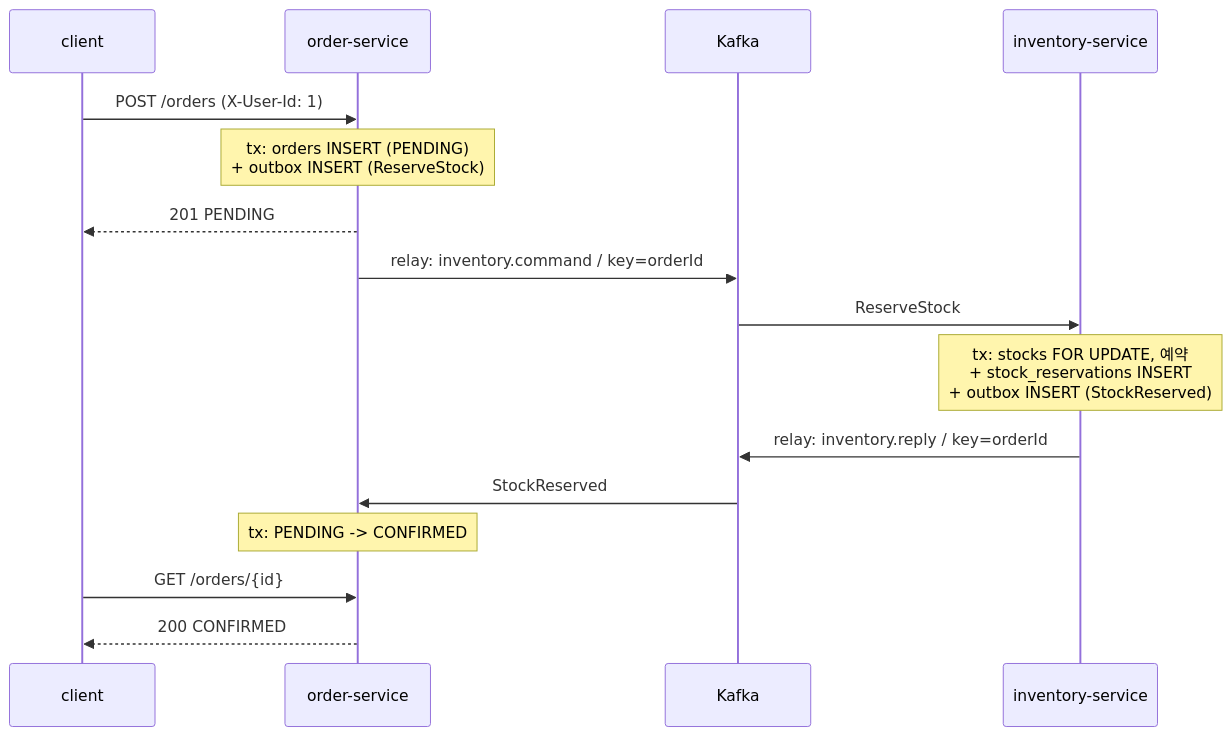
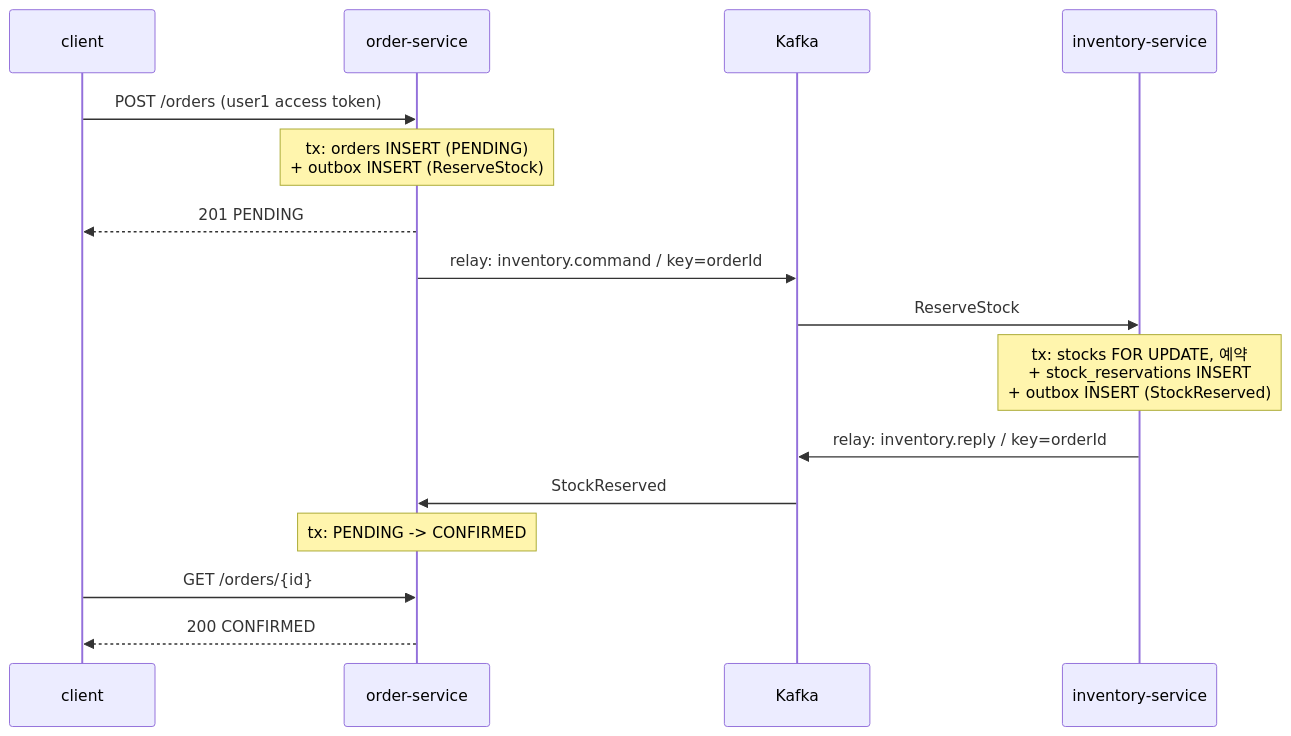
One commit to klmin/commerce-saga changed the diagram in docs/scenarios/00-basic-flow.md. Above: the diagram before and after it, drawn with Mermaid. The commit also changed 227 other files, not shown here.

````diff
--- a/docs/scenarios/00-basic-flow.md
+++ b/docs/scenarios/00-basic-flow.md
@@ -10,19 +10,19 @@
 ```mermaid
 sequenceDiagram
     participant C as client
     participant O as order-service
     participant K as Kafka
     participant I as inventory-service
 
-    C->>O: POST /orders (X-User-Id: 1)
+    C->>O: POST /orders (user1 access token)
     Note over O: tx: orders INSERT (PENDING)<br/>+ outbox INSERT (ReserveStock)
     O-->>C: 201 PENDING
     O->>K: relay: inventory.command / key=orderId
     K->>I: ReserveStock
     Note over I: tx: stocks FOR UPDATE, 예약<br/>+ stock_reservations INSERT<br/>+ outbox INSERT (StockReserved)
     I->>K: relay: inventory.reply / key=orderId
     K->>O: StockReserved
     Note over O: tx: PENDING -> CONFIRMED
     C->>O: GET /orders/{id}
     O-->>C: 200 CONFIRMED
 ```
````
